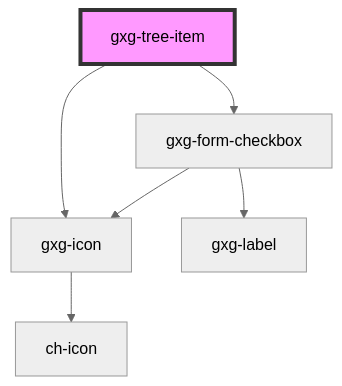
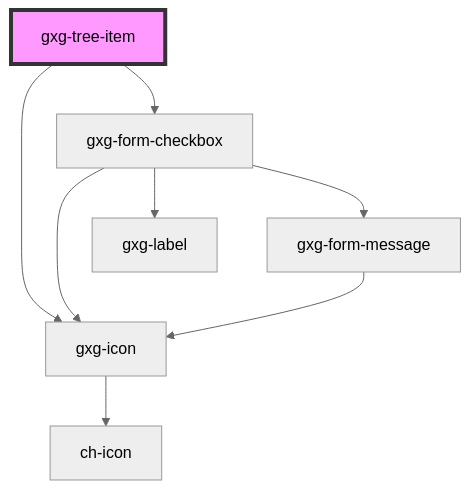
One commit to genexuslabs/gemini changed the diagram in src/components/tree-item/readme.md. Above: the diagram before and after it, drawn with Mermaid (neutral theme). The commit also changed 33 other files, not shown here.

````diff
--- a/src/components/tree-item/readme.md
+++ b/src/components/tree-item/readme.md
@@ -49,9 +49,11 @@
 ```mermaid
 graph TD;
   gxg-tree-item --> gxg-icon
   gxg-tree-item --> gxg-form-checkbox
   gxg-icon --> ch-icon
   gxg-form-checkbox --> gxg-icon
   gxg-form-checkbox --> gxg-label
+  gxg-form-checkbox --> gxg-form-message
+  gxg-form-message --> gxg-icon
   style gxg-tree-item fill:#f9f,stroke:#333,stroke-width:4px
 ```
````
